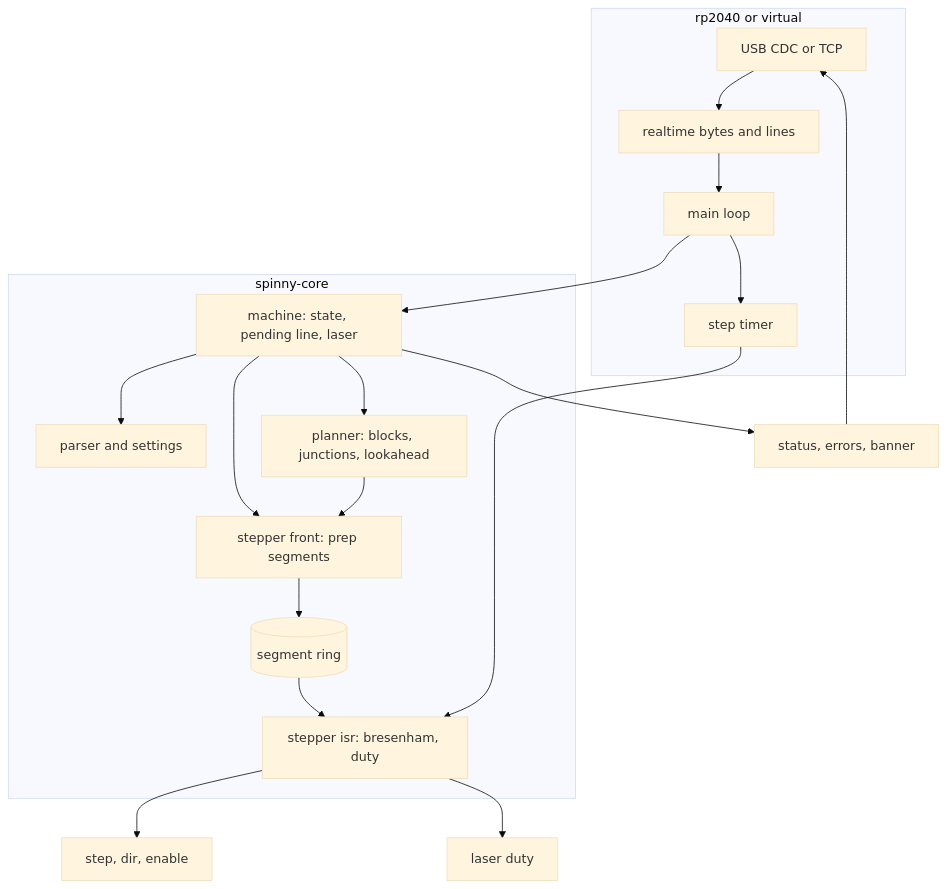
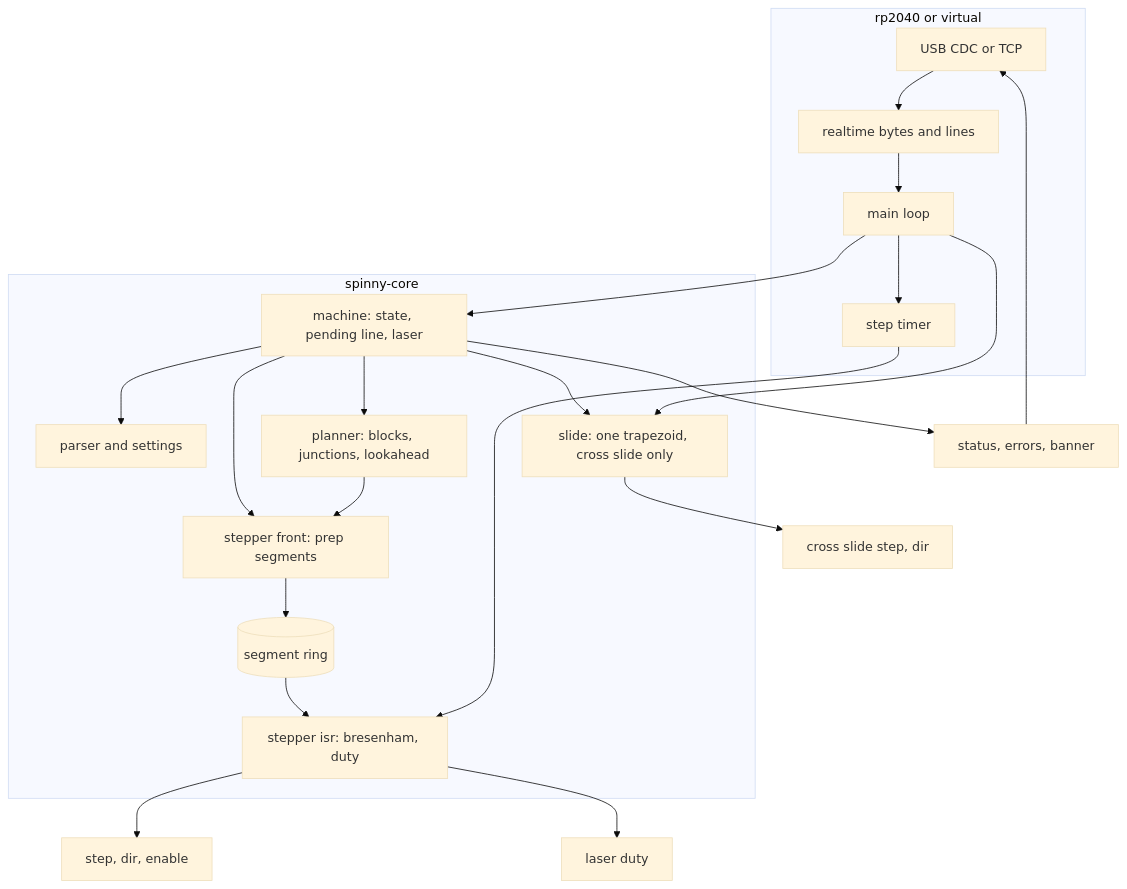
One commit to tmpk13/spinny-cnc changed the diagram in firmware/README.md. Above: the diagram before and after it, drawn with Mermaid (base theme). The commit also changed other lines of this file and 37 other files, not shown here.

First line of the commit message:
Add the cross slide as a setup axis, in the firmware and the web interface

````diff
--- a/firmware/README.md
+++ b/firmware/README.md
@@ -62,21 +66,24 @@
 ```mermaid
 flowchart TB
     subgraph port [rp2040 or virtual]
         IO[USB CDC or TCP] --> LINES[realtime bytes and lines]
         LINES --> LOOP[main loop]
         LOOP --> TIMER[step timer]
     end
     subgraph core [spinny-core]
         LOOP --> MACHINE[machine: state, pending line, laser]
         MACHINE --> PARSER[parser and settings]
         MACHINE --> PLANNER[planner: blocks, junctions, lookahead]
         MACHINE --> FRONT[stepper front: prep segments]
+        MACHINE --> SLIDE[slide: one trapezoid, cross slide only]
         PLANNER --> FRONT
         FRONT --> RING[(segment ring)]
         RING --> ISR[stepper isr: bresenham, duty]
         TIMER --> ISR
     end
     ISR --> PINS[step, dir, enable]
+    LOOP --> SLIDE
+    SLIDE --> ZPINS[cross slide step, dir]
     ISR --> PWM[laser duty]
     MACHINE --> REPORT[status, errors, banner] --> IO
 ```
````
